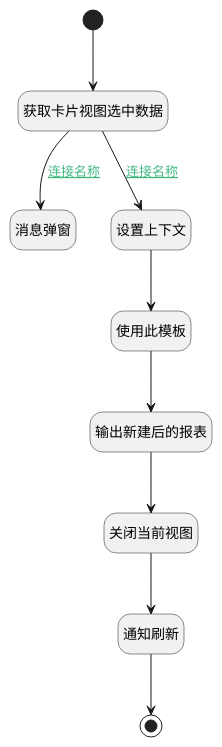
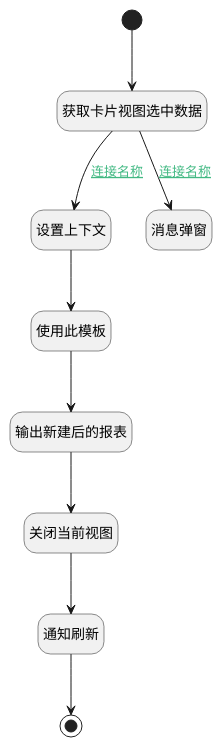
One commit to iBizLab/plm changed the diagram in doc/docsify/module/Insight/insight_report/uilogic/use_cur_template.md. Above: the diagram before and after it, drawn with PlantUML. The commit also changed other lines of this file and 1778 other files, not shown here.

````diff
--- a/doc/docsify/module/Insight/insight_report/uilogic/use_cur_template.md
+++ b/doc/docsify/module/Insight/insight_report/uilogic/use_cur_template.md
@@ -7,33 +7,33 @@
 ```plantuml
 @startuml
 hide footbox
 <style>
 root {
   HyperlinkColor #42b983
 }
 </style>
 
 hide empty description
 state "开始" as Begin <<start>> [[$./use_cur_template#begin {开始}]]
-state "结束" as END1 <<end>> [[$./use_cur_template#end1 {结束}]]
-state "消息弹窗" as MSGBOX1  [[$./use_cur_template#msgbox1 {消息弹窗}]]
 state "通知刷新" as RAWJSCODE3  [[$./use_cur_template#rawjscode3 {通知刷新}]]
 state "输出新建后的报表" as DEBUGPARAM1  [[$./use_cur_template#debugparam1 {输出新建后的报表}]]
+state "结束" as END1 <<end>> [[$./use_cur_template#end1 {结束}]]
+state "获取卡片视图选中数据" as RAWJSCODE4  [[$./use_cur_template#rawjscode4 {获取卡片视图选中数据}]]
 state "关闭当前视图" as RAWJSCODE2  [[$./use_cur_template#rawjscode2 {关闭当前视图}]]
 state "设置上下文" as RAWJSCODE1  [[$./use_cur_template#rawjscode1 {设置上下文}]]
-state "获取卡片视图选中数据" as RAWJSCODE4  [[$./use_cur_template#rawjscode4 {获取卡片视图选中数据}]]
+state "消息弹窗" as MSGBOX1  [[$./use_cur_template#msgbox1 {消息弹窗}]]
 state "使用此模板" as DEACTION1  [[$./use_cur_template#deaction1 {使用此模板}]]
 
 
 Begin --> RAWJSCODE4
 RAWJSCODE4 --> RAWJSCODE1 : [[$./use_cur_template#rawjscode4-rawjscode1{连接名称} 连接名称]]
 RAWJSCODE1 --> DEACTION1
 DEACTION1 --> DEBUGPARAM1
 DEBUGPARAM1 --> RAWJSCODE2
 RAWJSCODE2 --> RAWJSCODE3
 RAWJSCODE3 --> END1
 RAWJSCODE4 --> MSGBOX1 : [[$./use_cur_template#rawjscode4-msgbox1{连接名称} 连接名称]]
 
 
 @enduml
 ```
````
